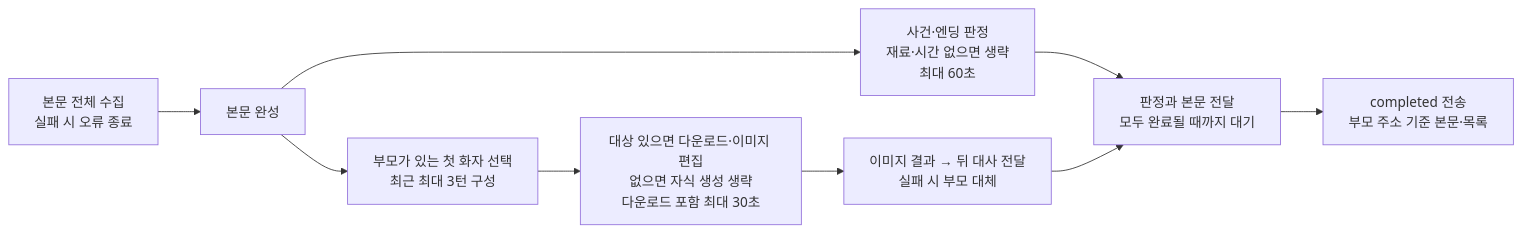
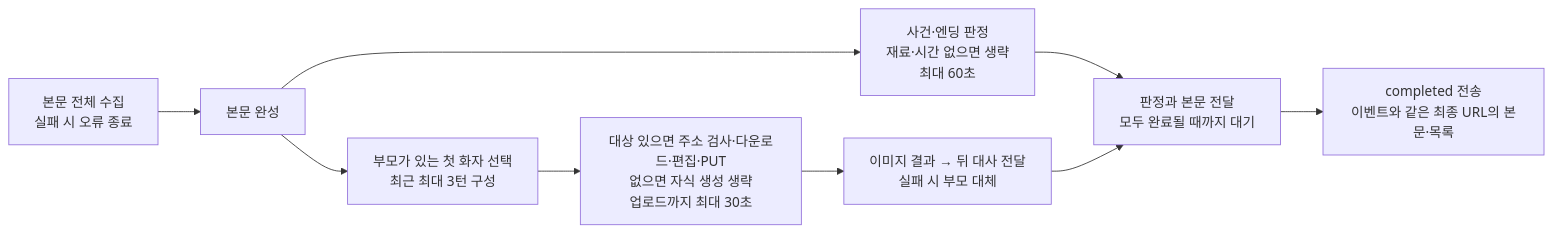
Before and after one commit to KIM-N-KANG/knk-harness: the second of 2 diagrams in docs/design/3-ai-server-design.md, drawn with Mermaid. The commit also changed other lines of this file and 2 other files, not shown here.

Commit message:
[KNK-1289] Docs: 자식 이미지 직접 업로드 구현을 AI 명세에 반영 (#224)

````diff
--- a/docs/design/3-ai-server-design.md
+++ b/docs/design/3-ai-server-design.md
@@ -75,11 +82,11 @@
 ```mermaid
 flowchart LR
     BODY["본문 전체 수집<br/>실패 시 오류 종료"] --> READY["본문 완성"]
     READY --> J["사건·엔딩 판정<br/>재료·시간 없으면 생략<br/>최대 60초"]
     READY --> SELECT["부모가 있는 첫 화자 선택<br/>최근 최대 3턴 구성"]
-    SELECT --> I["대상 있으면 다운로드·이미지 편집<br/>없으면 자식 생성 생략<br/>다운로드 포함 최대 30초"]
+    SELECT --> I["대상 있으면 주소 검사·다운로드·편집·PUT<br/>없으면 자식 생성 생략<br/>업로드까지 최대 30초"]
     I --> EVENTS["이미지 결과 → 뒤 대사 전달<br/>실패 시 부모 대체"]
     J --> JOIN["판정과 본문 전달<br/>모두 완료될 때까지 대기"]
     EVENTS --> JOIN
-    JOIN --> COMPLETE["completed 전송<br/>부모 주소 기준 본문·목록"]
+    JOIN --> COMPLETE["completed 전송<br/>이벤트와 같은 최종 URL의 본문·목록"]
 ```
````
